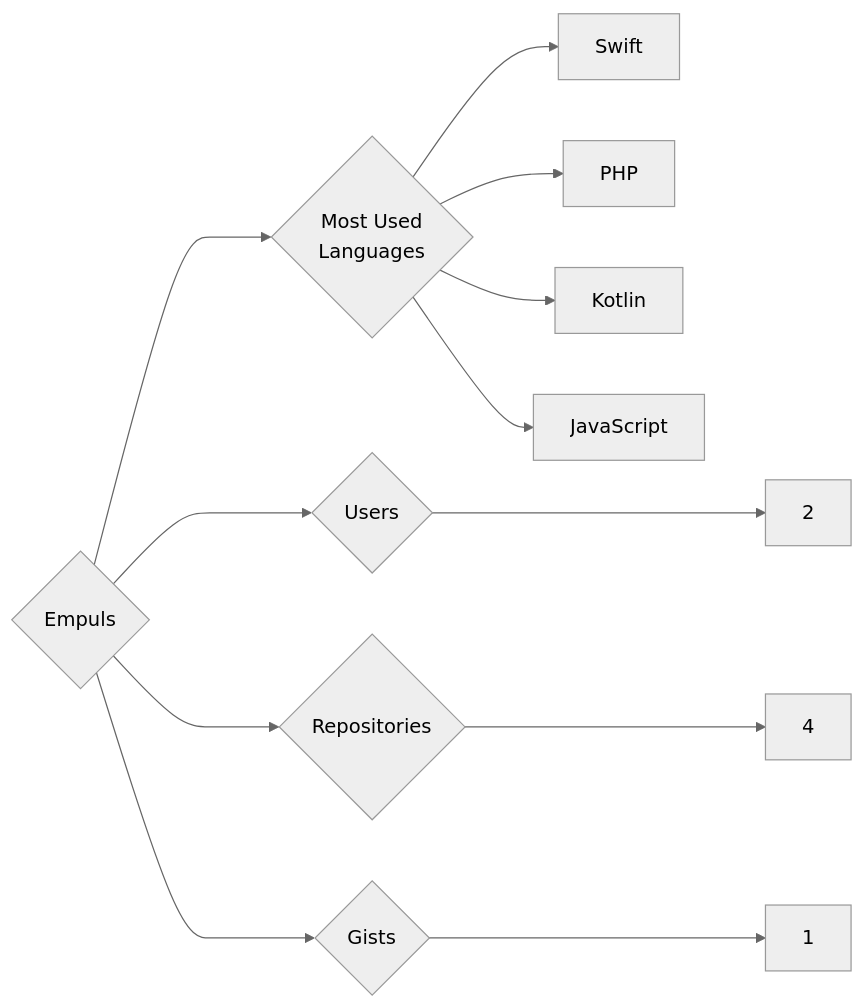
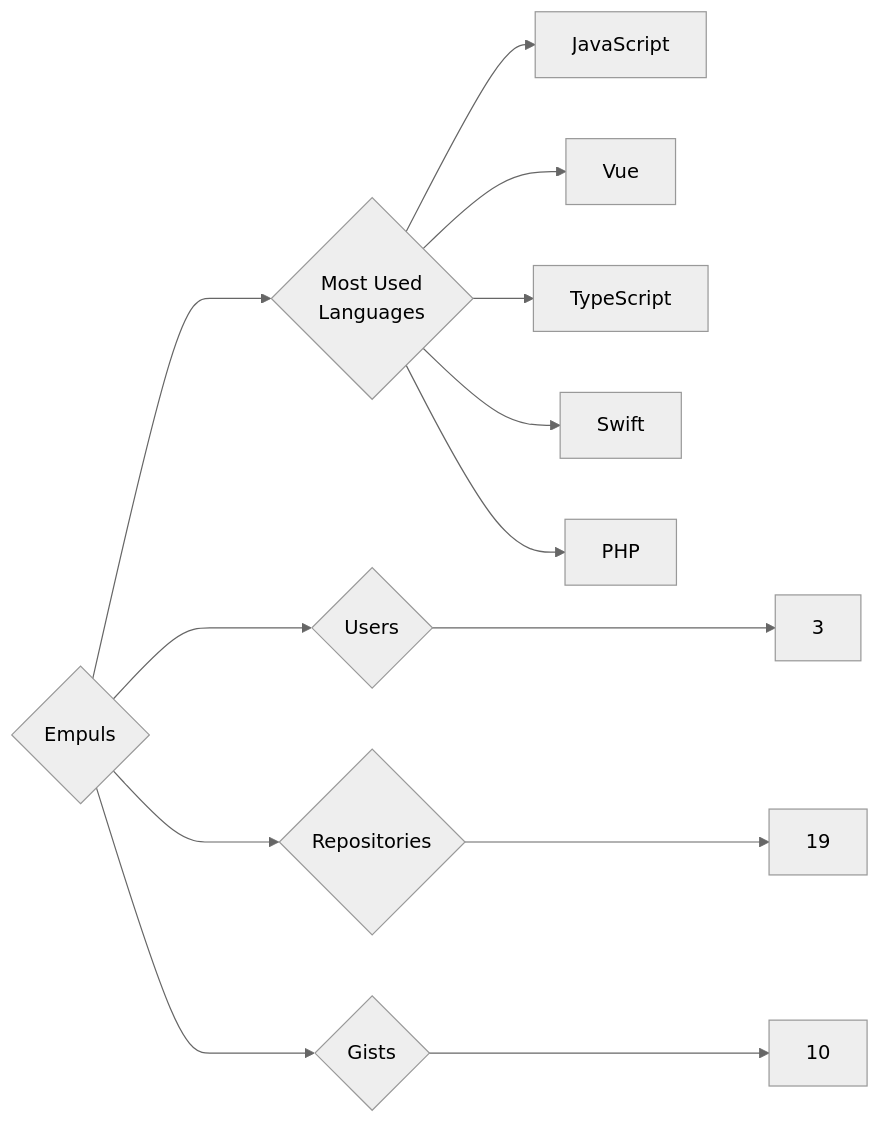
Before and after one commit to trickest/insiders: the diagram in targets/Empuls/README.md, drawn with Mermaid (neutral theme). The commit also changed 894 other files, not shown here.

````diff
--- a/targets/Empuls/README.md
+++ b/targets/Empuls/README.md
@@ -3,12 +3,13 @@
 ```mermaid
 graph LR
 COMPANY_NAME{Empuls}
-COMPANY_NAME ---> U{Users} ---> UN[2]
-COMPANY_NAME ---> R{Repositories} ---> RN[4]
-COMPANY_NAME ---> G{Gists} ---> GN[1]
+COMPANY_NAME ---> U{Users} ---> UN[3]
+COMPANY_NAME ---> R{Repositories} ---> RN[19]
+COMPANY_NAME ---> G{Gists} ---> GN[10]
 COMPANY_NAME ---> ML{Most Used<br>Languages}
+ML --> JavaScript[JavaScript]
+ML --> Vue[Vue]
+ML --> TypeScript[TypeScript]
 ML --> Swift[Swift]
 ML --> PHP[PHP]
-ML --> Kotlin[Kotlin]
-ML --> JavaScript[JavaScript]
 ```
````
